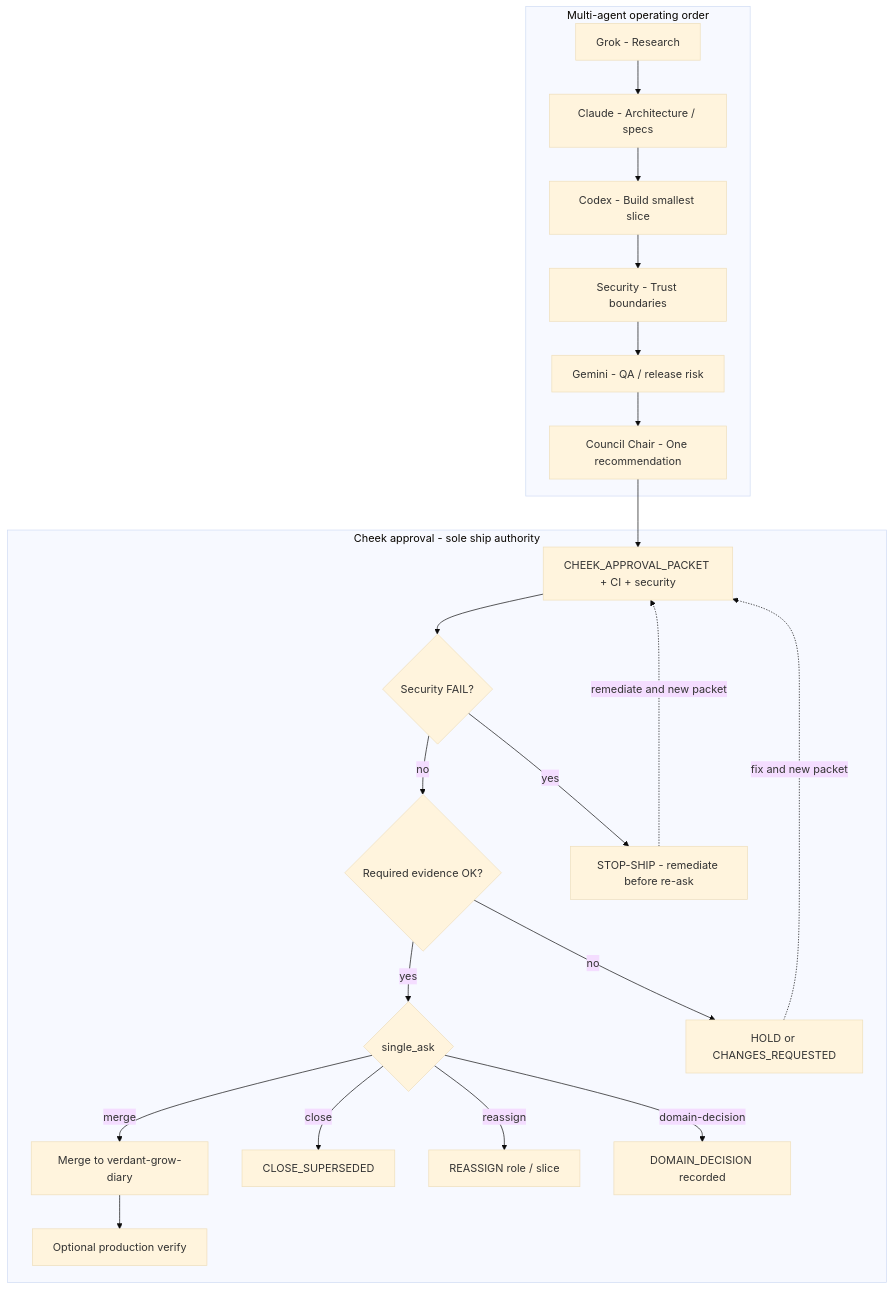
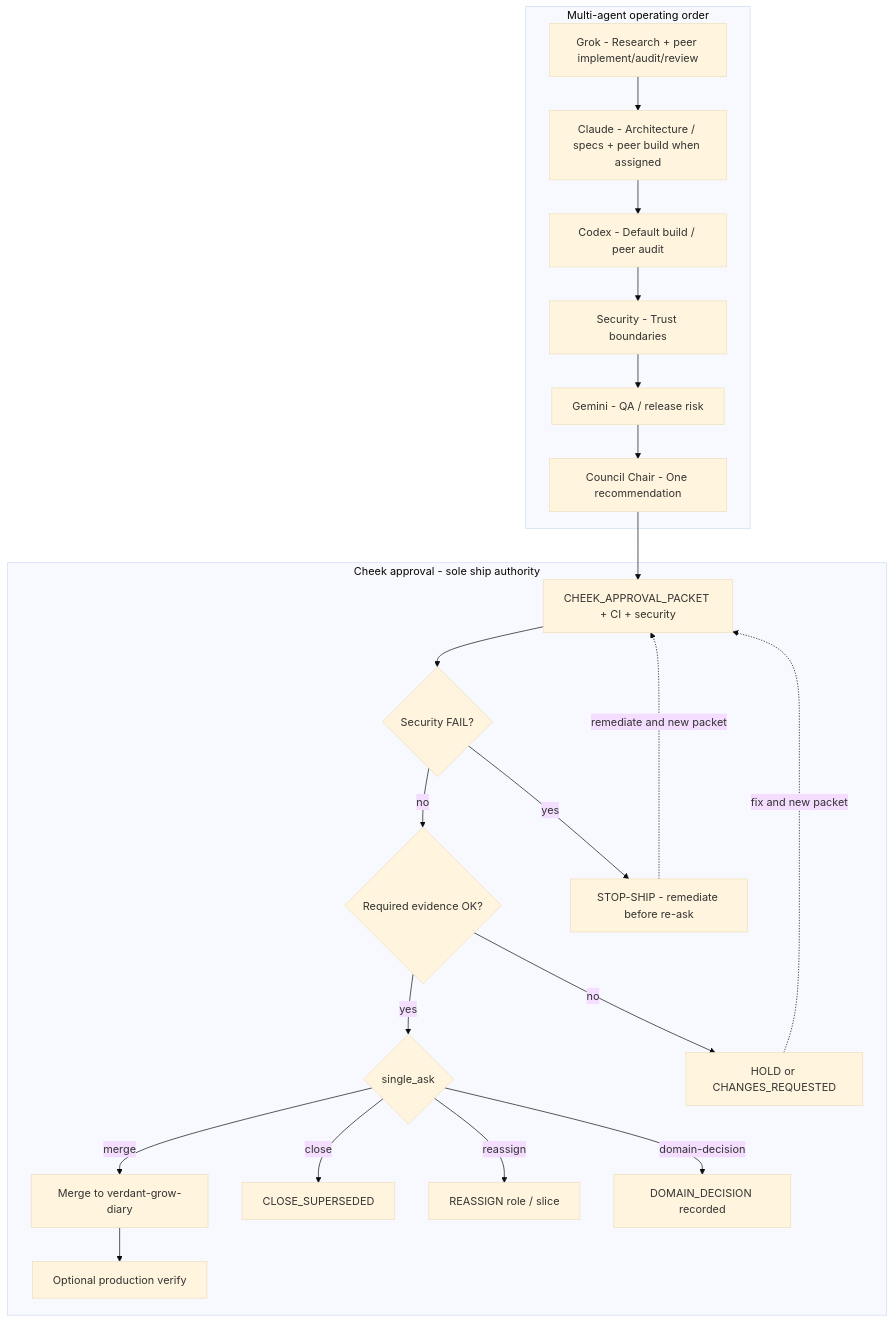
The second of 4 diagrams in docs/agents/cheek-approval-workflow.md (Verdant-OS/verdant-grow-diary), drawn with Mermaid (base theme) before and after one commit. The commit also changed other lines of this file and 14 other files, not shown here.

First line of the commit message:
docs(agents): elevate Grok as peer to Claude and Codex

````diff
--- a/docs/agents/cheek-approval-workflow.md
+++ b/docs/agents/cheek-approval-workflow.md
@@ -366,44 +373,44 @@
 ```mermaid
 flowchart TB
   subgraph pipeline["Multi-agent operating order"]
-    Grok["Grok - Research"]
-    Claude["Claude - Architecture / specs"]
-    Codex["Codex - Build smallest slice"]
+    Grok["Grok - Research + peer implement/audit/review"]
+    Claude["Claude - Architecture / specs + peer build when assigned"]
+    Codex["Codex - Default build / peer audit"]
     Security["Security - Trust boundaries"]
     Gemini["Gemini - QA / release risk"]
     Council["Council Chair - One recommendation"]
     Grok --> Claude
     Claude --> Codex
     Codex --> Security
     Security --> Gemini
     Gemini --> Council
   end
 
   subgraph cheek_gate["Cheek approval - sole ship authority"]
     Packet["CHEEK_APPROVAL_PACKET + CI + security"]
     SecFail{"Security FAIL?"}
     Evidence{"Required evidence OK?"}
     Ask{"single_ask"}
     StopShip["STOP-SHIP - remediate before re-ask"]
     Hold["HOLD or CHANGES_REQUESTED"]
     Merge["Merge to verdant-grow-diary"]
     Close["CLOSE_SUPERSEDED"]
     Reassign["REASSIGN role / slice"]
     Domain["DOMAIN_DECISION recorded"]
     Prod["Optional production verify"]
   end
 
   Council --> Packet
   Packet --> SecFail
   SecFail -->|yes| StopShip
   SecFail -->|no| Evidence
   Evidence -->|no| Hold
   Evidence -->|yes| Ask
   Ask -->|merge| Merge
   Ask -->|close| Close
   Ask -->|reassign| Reassign
   Ask -->|domain-decision| Domain
   Merge --> Prod
   Hold -.->|fix and new packet| Packet
   StopShip -.->|remediate and new packet| Packet
 ```
````
